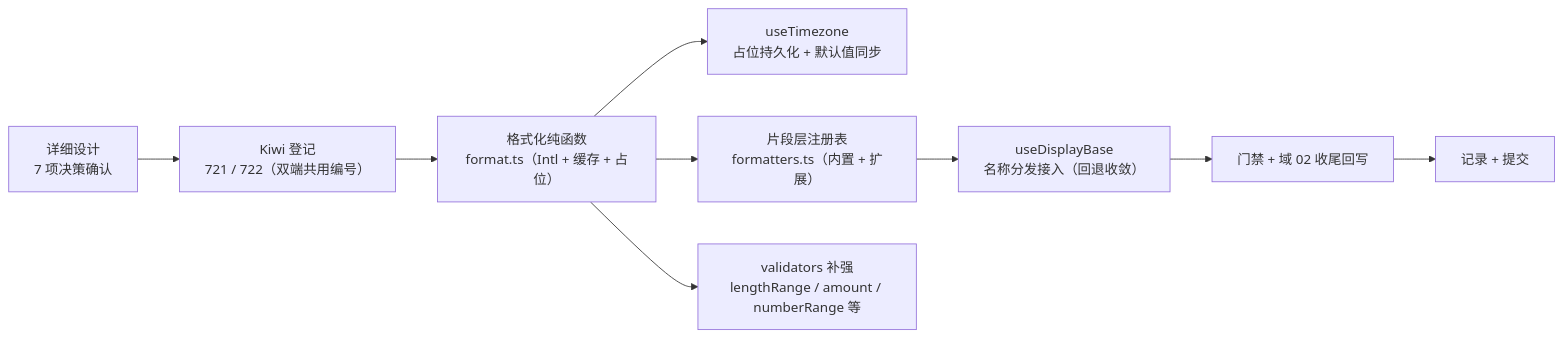
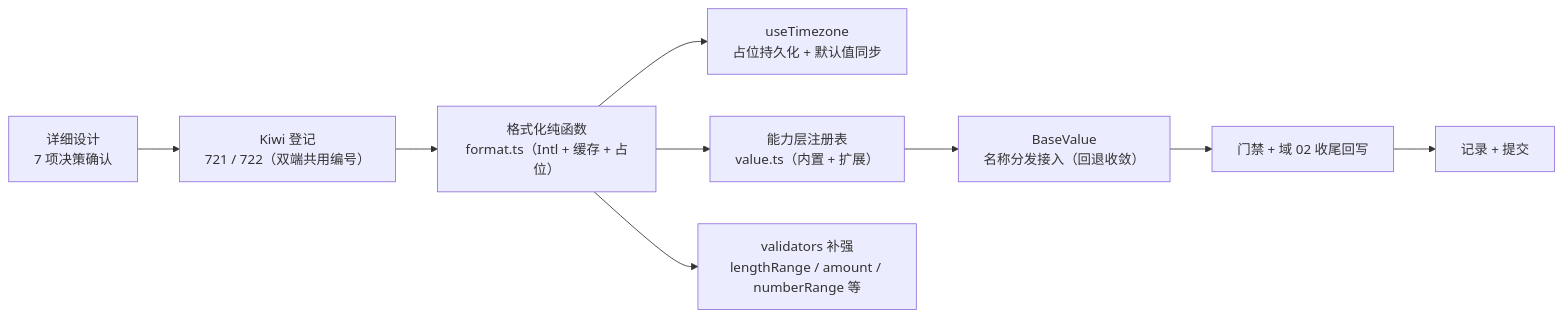
The diagram in bms文档/项目/04_前端组件库/任务/02_基础组件类/02_基础组件类_06_基础类横切底座/02_基础组件类_06_基础类横切底座_03_格式化工具/实施/01_实施_06_03_格式化工具.md (minjian123/basic-management-system), drawn with Mermaid before and after one commit. The commit also changed other lines of this file and 134 other files, not shown here.

````diff
--- a/bms文档/项目/04_前端组件库/任务/02_基础组件类/02_基础组件类_06_基础类横切底座/02_基础组件类_06_基础类横切底座_03_格式化工具/实施/01_实施_06_03_格式化工具.md
+++ b/bms文档/项目/04_前端组件库/任务/02_基础组件类/02_基础组件类_06_基础类横切底座/02_基础组件类_06_基础类横切底座_03_格式化工具/实施/01_实施_06_03_格式化工具.md
@@ -23,11 +23,11 @@
 ```mermaid
 flowchart LR
     D["详细设计<br/>7 项决策确认"] --> K["Kiwi 登记<br/>721 / 722（双端共用编号）"]
     K --> F["格式化纯函数<br/>format.ts（Intl + 缓存 + 占位）"]
     F --> T["useTimezone<br/>占位持久化 + 默认值同步"]
-    F --> R["片段层注册表<br/>formatters.ts（内置 + 扩展）"]
-    R --> V["useDisplayBase<br/>名称分发接入（回退收敛）"]
+    F --> R["能力层注册表<br/>value.ts（内置 + 扩展）"]
+    R --> V["BaseValue<br/>名称分发接入（回退收敛）"]
     F --> L["validators 补强<br/>lengthRange / amount / numberRange 等"]
     V --> G["门禁 + 域 02 收尾回写"]
     G --> W["记录 + 提交"]
 ```
````
